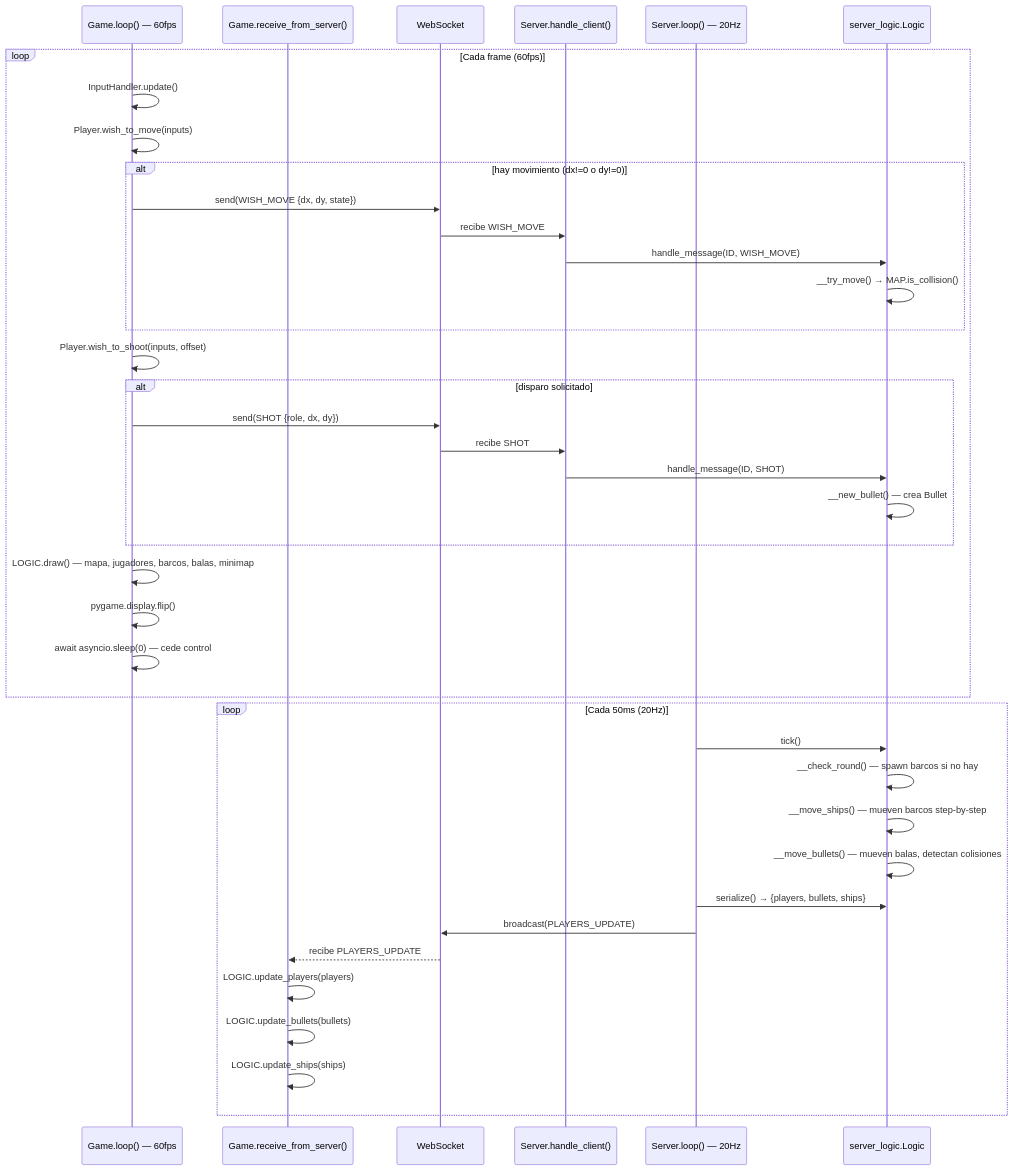
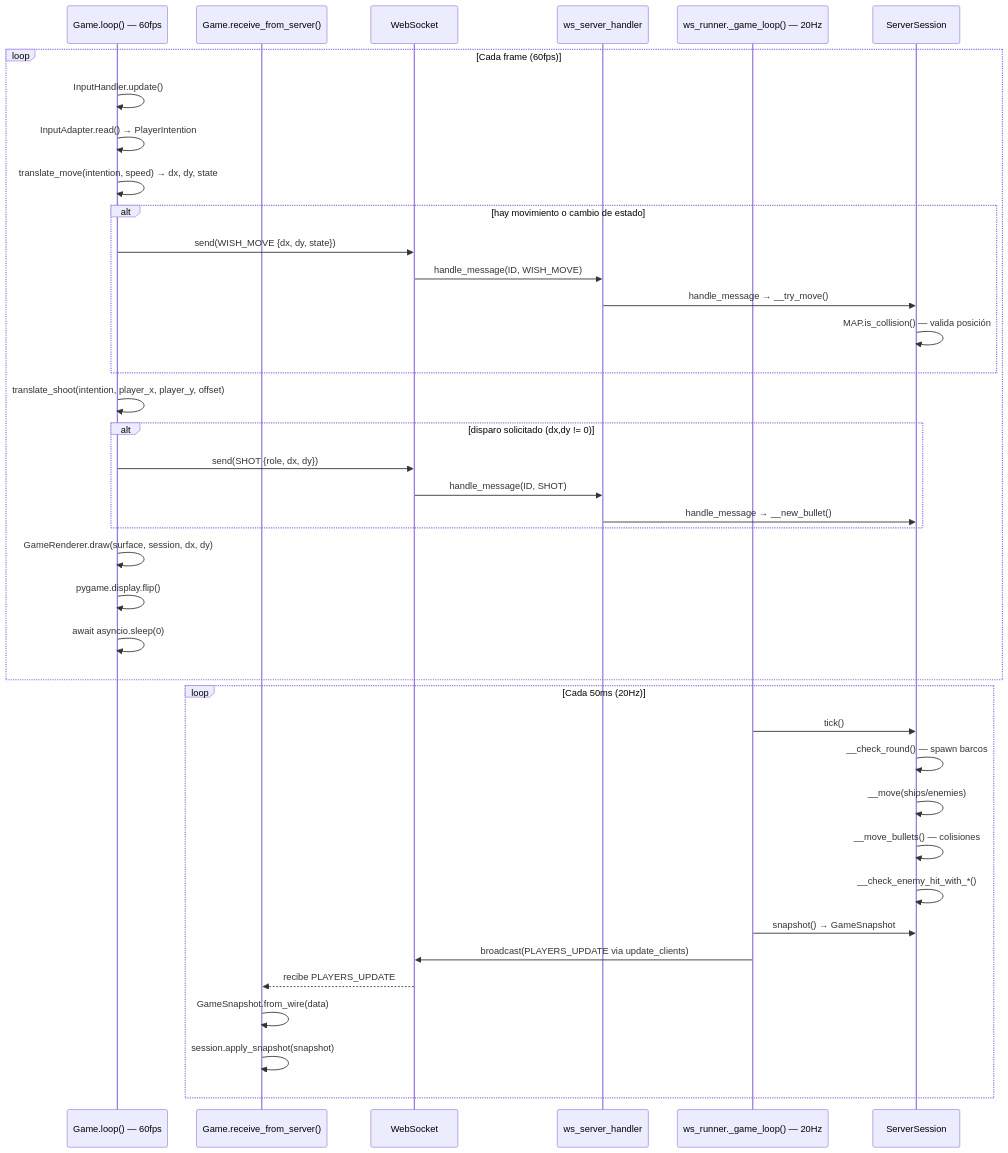
Before and after one commit to Aouei/pygame_multi: the second of 6 diagrams in docs/diagramas/mensajes.md, drawn with Mermaid. The commit also changed other lines of this file and 3 other files, not shown here.

````diff
--- a/docs/diagramas/mensajes.md
+++ b/docs/diagramas/mensajes.md
@@ -146,43 +145,43 @@
 ```mermaid
 sequenceDiagram
     participant GL as Game.loop() — 60fps
     participant GR as Game.receive_from_server()
     participant WS as WebSocket
-    participant SH as Server.handle_client()
-    participant SL as Server.loop() — 20Hz
-    participant LG as server_logic.Logic
+    participant WSSH as ws_server_handler
+    participant WSR as ws_runner._game_loop() — 20Hz
+    participant SS as ServerSession
 
     loop Cada frame (60fps)
         GL->>GL: InputHandler.update()
-        GL->>GL: Player.wish_to_move(inputs)
-        alt hay movimiento (dx!=0 o dy!=0)
+        GL->>GL: InputAdapter.read() → PlayerIntention
+        GL->>GL: translate_move(intention, speed) → dx, dy, state
+        alt hay movimiento o cambio de estado
             GL->>WS: send(WISH_MOVE {dx, dy, state})
-            WS->>SH: recibe WISH_MOVE
-            SH->>LG: handle_message(ID, WISH_MOVE)
-            LG->>LG: __try_move() → MAP.is_collision()
+            WS->>WSSH: handle_message(ID, WISH_MOVE)
+            WSSH->>SS: handle_message → __try_move()
+            SS->>SS: MAP.is_collision() — valida posición
         end
-        GL->>GL: Player.wish_to_shoot(inputs, offset)
-        alt disparo solicitado
+        GL->>GL: translate_shoot(intention, player_x, player_y, offset)
+        alt disparo solicitado (dx,dy != 0)
             GL->>WS: send(SHOT {role, dx, dy})
-            WS->>SH: recibe SHOT
-            SH->>LG: handle_message(ID, SHOT)
-            LG->>LG: __new_bullet() — crea Bullet
+            WS->>WSSH: handle_message(ID, SHOT)
+            WSSH->>SS: handle_message → __new_bullet()
         end
-        GL->>GL: LOGIC.draw() — mapa, jugadores, barcos, balas, minimap
+        GL->>GL: GameRenderer.draw(surface, session, dx, dy)
         GL->>GL: pygame.display.flip()
-        GL->>GL: await asyncio.sleep(0) — cede control
+        GL->>GL: await asyncio.sleep(0)
     end
 
     loop Cada 50ms (20Hz)
-        SL->>LG: tick()
-        LG->>LG: __check_round() — spawn barcos si no hay
-        LG->>LG: __move_ships() — mueven barcos step-by-step
-        LG->>LG: __move_bullets() — mueven balas, detectan colisiones
-        SL->>LG: serialize() → {players, bullets, ships}
-        SL->>WS: broadcast(PLAYERS_UPDATE)
+        WSR->>SS: tick()
+        SS->>SS: __check_round() — spawn barcos
+        SS->>SS: __move(ships/enemies)
+        SS->>SS: __move_bullets() — colisiones
+        SS->>SS: __check_enemy_hit_with_*()
+        WSR->>SS: snapshot() → GameSnapshot
+        WSR->>WS: broadcast(PLAYERS_UPDATE via update_clients)
         WS-->>GR: recibe PLAYERS_UPDATE
-        GR->>GR: LOGIC.update_players(players)
-        GR->>GR: LOGIC.update_bullets(bullets)
-        GR->>GR: LOGIC.update_ships(ships)
+        GR->>GR: GameSnapshot.from_wire(data)
+        GR->>GR: session.apply_snapshot(snapshot)
     end
 ```
````
